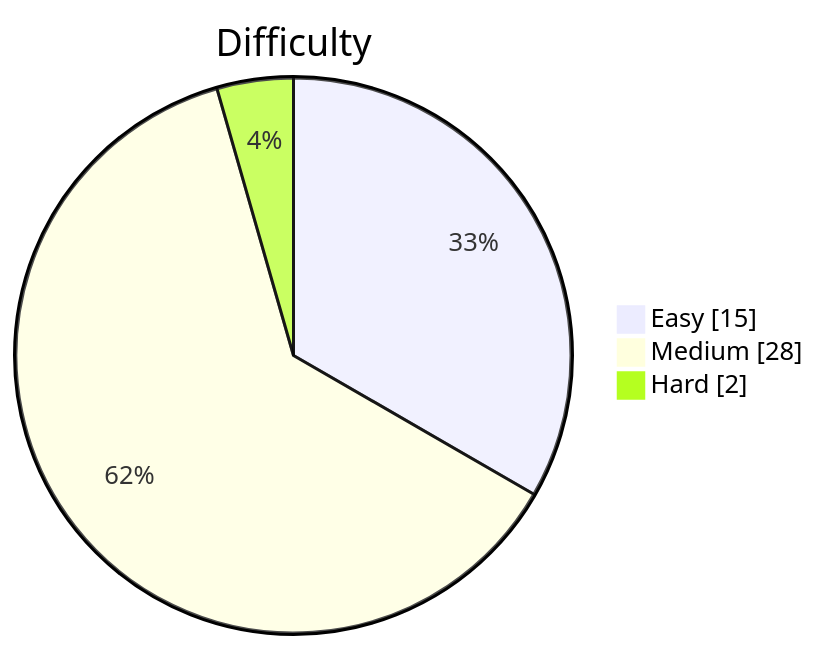
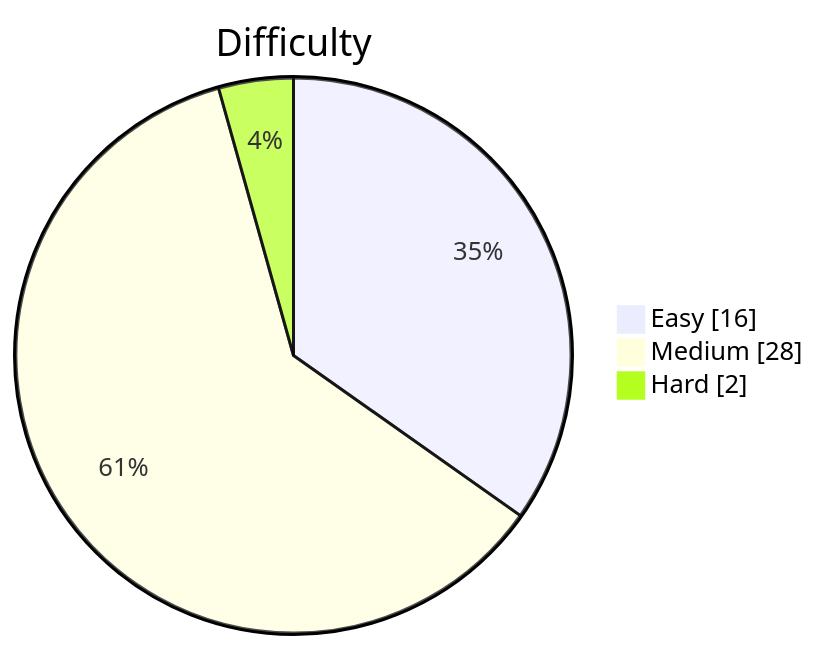
The diagram in README.md (kevstevie/python-algo-practice), drawn with Mermaid before and after one commit. The commit also changed other lines of this file, not shown here.

````diff
--- a/README.md
+++ b/README.md
@@ -13,7 +13,7 @@
 ```mermaid
 pie showData
     title Difficulty
-    "Easy"   : 15
+    "Easy"   : 16
     "Medium" : 28
     "Hard"   : 2
 ```
````
